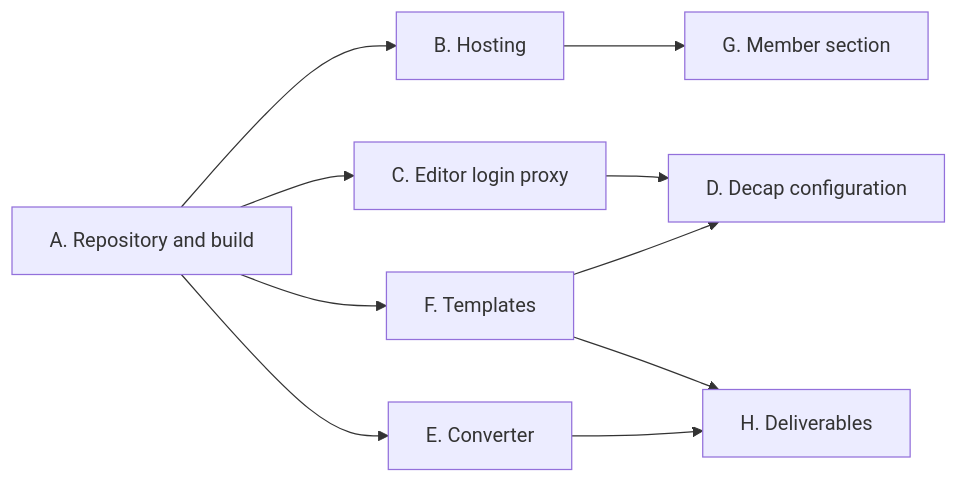
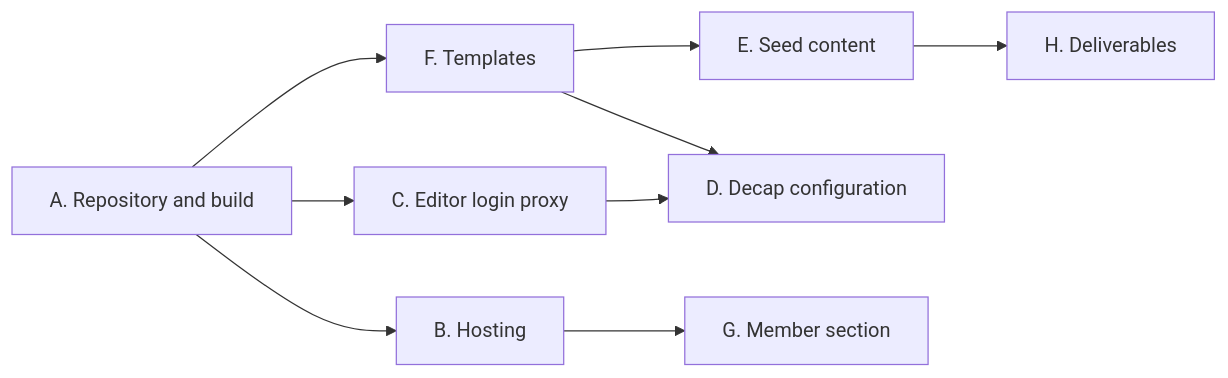
The diagram in docs/roadmap.md (rvirtaha/prodeko-hack), drawn with Mermaid before and after one commit. The commit also changed other lines of this file, not shown here.

First line of the commit message:
Scope roadmap to MVP: seed content, Azure storage confirmed

````diff
--- a/docs/roadmap.md
+++ b/docs/roadmap.md
@@ -112,12 +122,11 @@
 ```mermaid
 flowchart LR
     A[A. Repository and build] --> B[B. Hosting]
     A --> C[C. Editor login proxy]
-    A --> E[E. Converter]
     A --> F[F. Templates]
+    F --> E[E. Seed content]
     F --> D[D. Decap configuration]
     C --> D
     B --> G[G. Member section]
     E --> H[H. Deliverables]
-    F --> H
 ```
````
